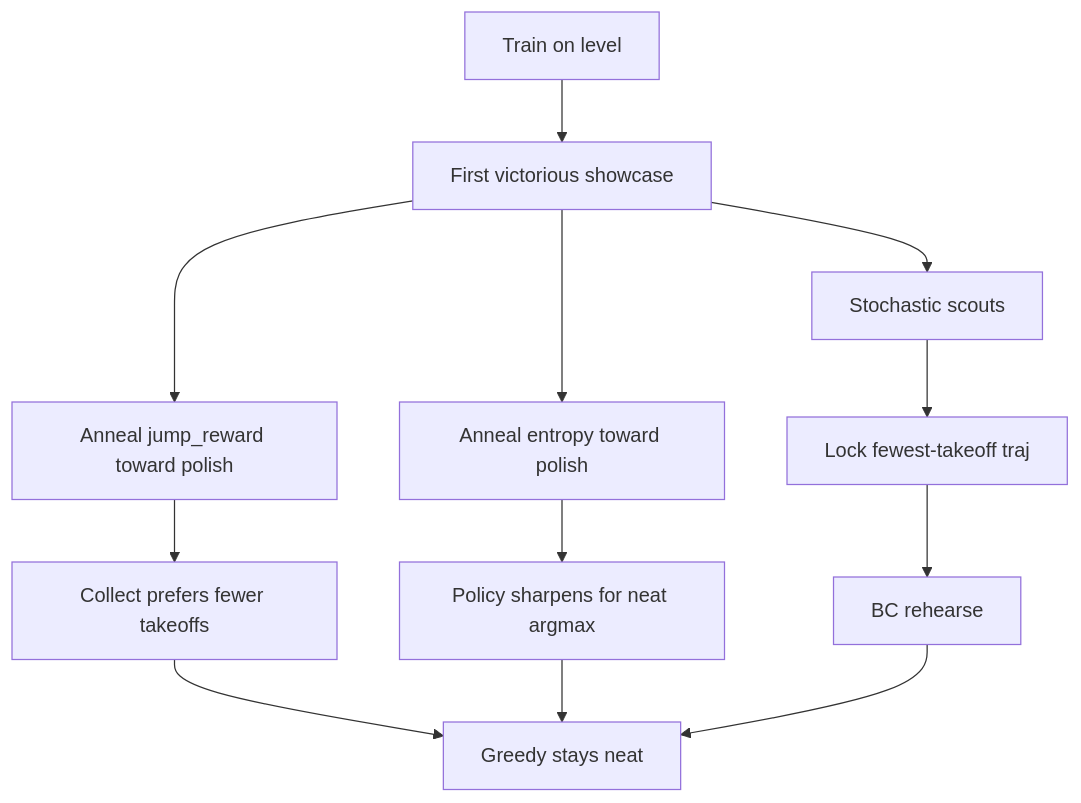
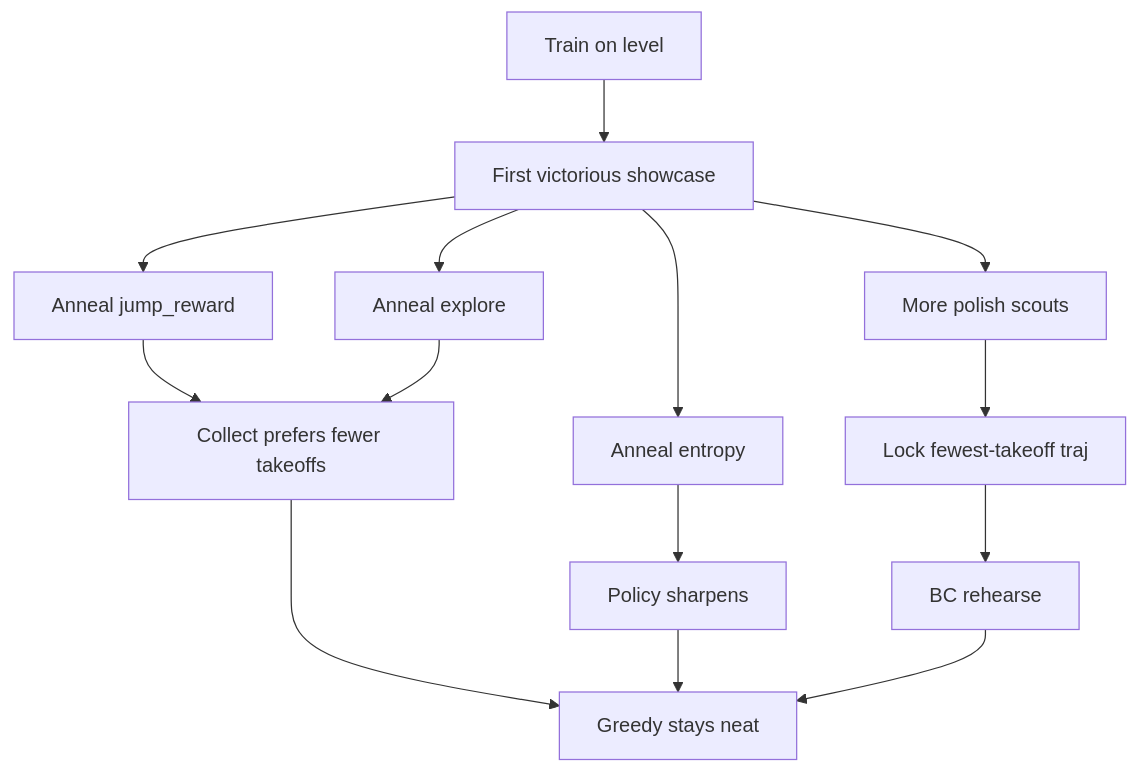
One commit to dante-ferr/ai-delver changed the diagram in docs/src/intelligence/neatness.md. Above: the diagram before and after it, drawn with Mermaid. The commit also changed other lines of this file and 12 other files, not shown here.

First line of the commit message:
feat(intelligence): post-clear explore anneal and safer polish

````diff
--- a/docs/src/intelligence/neatness.md
+++ b/docs/src/intelligence/neatness.md
@@ -44,14 +56,16 @@
 ```mermaid
 flowchart TD
   train["Train on level"] --> firstWin["First victorious showcase"]
-  firstWin --> annealJ["Anneal jump_reward toward polish"]
-  firstWin --> annealE["Anneal entropy toward polish"]
-  firstWin --> scout["Stochastic scouts"]
+  firstWin --> annealJ["Anneal jump_reward"]
+  firstWin --> annealE["Anneal entropy"]
+  firstWin --> annealX["Anneal explore"]
+  firstWin --> scout["More polish scouts"]
   scout --> lock["Lock fewest-takeoff traj"]
   annealJ --> ppo["Collect prefers fewer takeoffs"]
-  annealE --> sharp["Policy sharpens for neat argmax"]
+  annealX --> ppo
+  annealE --> sharp["Policy sharpens"]
   lock --> bc["BC rehearse"]
   ppo --> sticky["Greedy stays neat"]
   sharp --> sticky
   bc --> sticky
 ```
````
